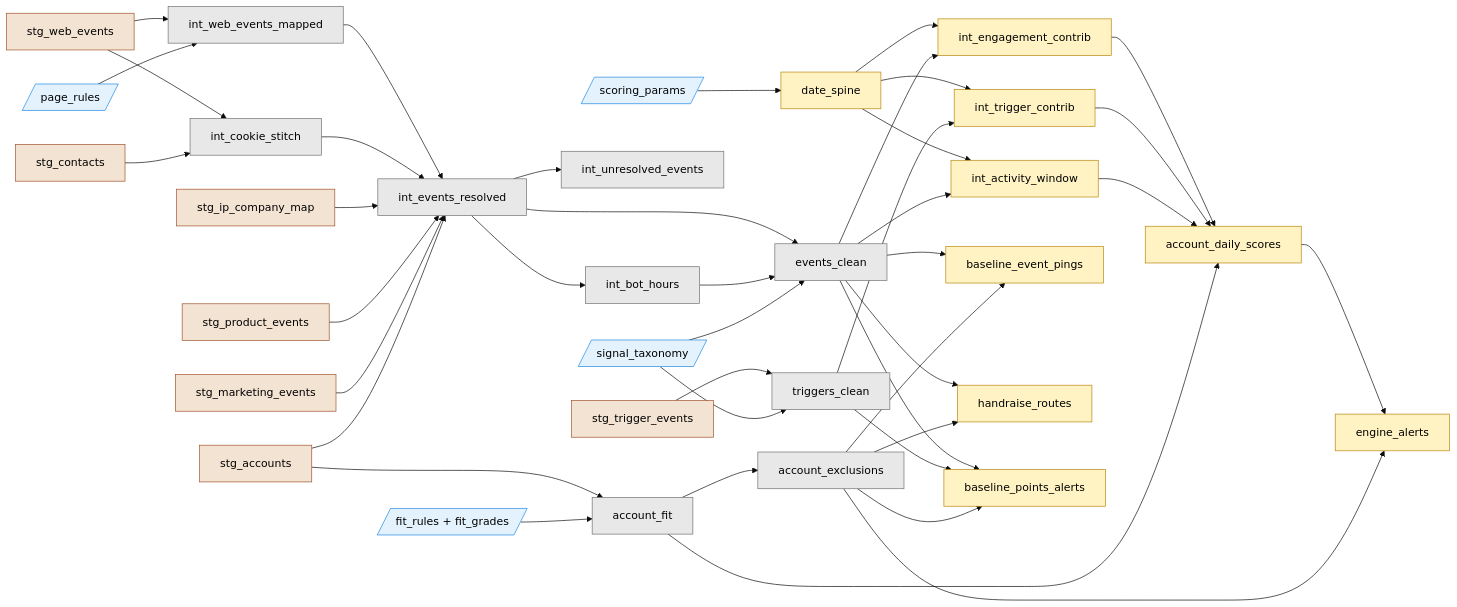
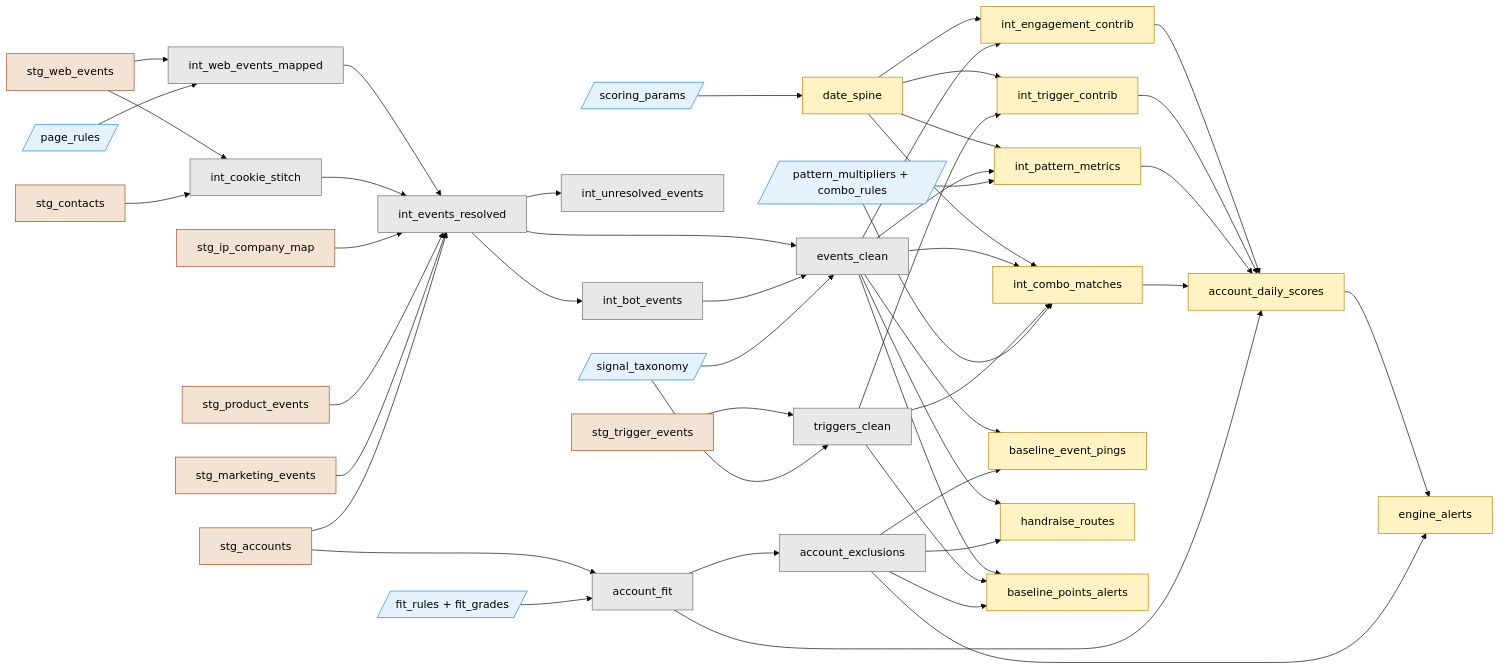
Before and after one commit to aloks1490/Multi-Signal-Attribution-and-Signal-Fatigue-Filtration: the third of 5 diagrams in docs/implementation.md, drawn with Mermaid (base theme). The commit also changed other lines of this file and 27 other files, not shown here.

````diff
--- a/docs/implementation.md
+++ b/docs/implementation.md
@@ -183,24 +183,26 @@
 ```mermaid
 flowchart LR
     classDef bronze fill:#f3e3d3,stroke:#a0522d,color:#000
     classDef silver fill:#e8e8e8,stroke:#707070,color:#000
     classDef gold fill:#fff3c4,stroke:#b8860b,color:#000
     classDef seed fill:#e3f2fd,stroke:#1e88e5,color:#000
 
     stg_web_events:::bronze --> int_web_events_mapped:::silver
     page_rules[/page_rules/]:::seed --> int_web_events_mapped
     stg_web_events & stg_contacts:::bronze --> int_cookie_stitch:::silver
     int_web_events_mapped & int_cookie_stitch & stg_ip_company_map:::bronze & stg_product_events:::bronze & stg_marketing_events:::bronze & stg_accounts:::bronze --> int_events_resolved:::silver
-    int_events_resolved --> int_bot_hours:::silver & int_unresolved_events:::silver
-    int_events_resolved & int_bot_hours & signal_taxonomy[/signal_taxonomy/]:::seed --> events_clean:::silver
+    int_events_resolved --> int_bot_events:::silver & int_unresolved_events:::silver
+    int_events_resolved & int_bot_events & signal_taxonomy[/signal_taxonomy/]:::seed --> events_clean:::silver
     stg_trigger_events:::bronze & signal_taxonomy --> triggers_clean:::silver
     stg_accounts & fit_rules[/fit_rules + fit_grades/]:::seed --> account_fit:::silver --> account_exclusions:::silver
 
     scoring_params[/scoring_params/]:::seed --> date_spine:::gold
-    date_spine & events_clean --> int_engagement_contrib:::gold & int_activity_window:::gold
+    date_spine & events_clean --> int_engagement_contrib:::gold & int_pattern_metrics:::gold
+    date_spine & events_clean & triggers_clean --> int_combo_matches:::gold
+    pattern_seeds[/pattern_multipliers + combo_rules/]:::seed --> int_pattern_metrics & int_combo_matches
     date_spine & triggers_clean --> int_trigger_contrib:::gold
-    int_engagement_contrib & int_trigger_contrib & int_activity_window & account_fit --> account_daily_scores:::gold
+    int_engagement_contrib & int_trigger_contrib & int_pattern_metrics & int_combo_matches & account_fit --> account_daily_scores:::gold
     account_daily_scores & account_exclusions --> engine_alerts:::gold
     events_clean & account_exclusions --> baseline_event_pings:::gold & handraise_routes:::gold
     events_clean & triggers_clean & account_exclusions --> baseline_points_alerts:::gold
 ```
````
